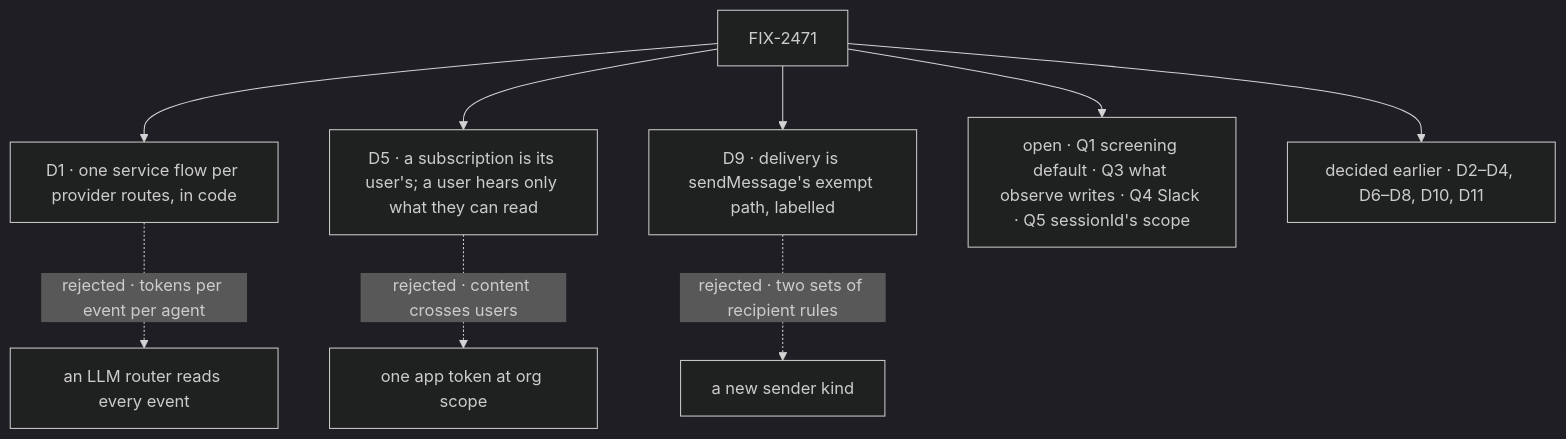
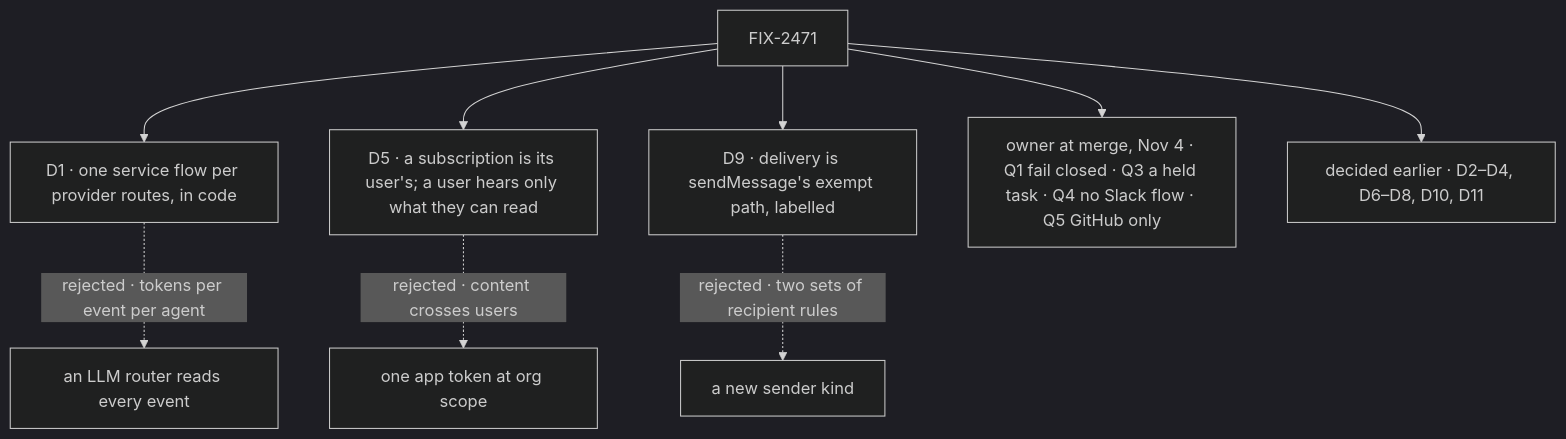
One commit to fixpoint-labs/flow-state-dev changed the diagram in specs/epics/FIX-2471/DECISIONS.md. Above: the diagram before and after it, drawn with Mermaid (dark theme). The commit also changed other lines of this file and 6 other files, not shown here.

````diff
--- a/specs/epics/FIX-2471/DECISIONS.md
+++ b/specs/epics/FIX-2471/DECISIONS.md
@@ -7,11 +7,11 @@
 ```mermaid
 flowchart TD
   E["FIX-2471"] --> D1["D1 · one service flow per provider routes, in code"]
   D1 -.->|"rejected · tokens per event per agent"| X1["an LLM router reads every event"]
   E --> D5["D5 · a subscription is its user's; a user hears only what they can read"]
   D5 -.->|"rejected · content crosses users"| X5["one app token at org scope"]
   E --> D9["D9 · delivery is sendMessage's exempt path, labelled"]
   D9 -.->|"rejected · two sets of recipient rules"| X9["a new sender kind"]
-  E --> O["open · Q1 screening default · Q3 what observe writes · Q4 Slack · Q5 sessionId's scope"]
+  E --> O["owner at merge, Nov 4 · Q1 fail closed · Q3 a held task · Q4 no Slack flow · Q5 GitHub only"]
   E --> G["decided earlier · D2–D4, D6–D8, D10, D11"]
 ```
````
